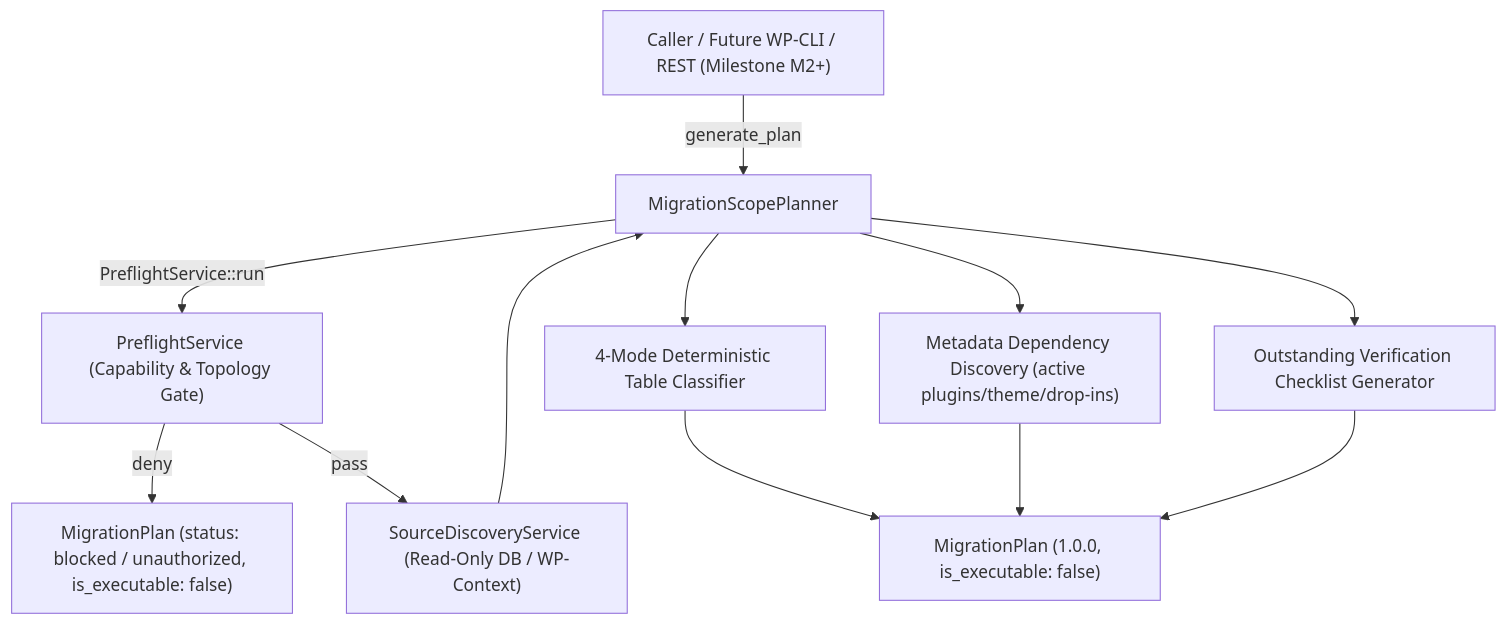
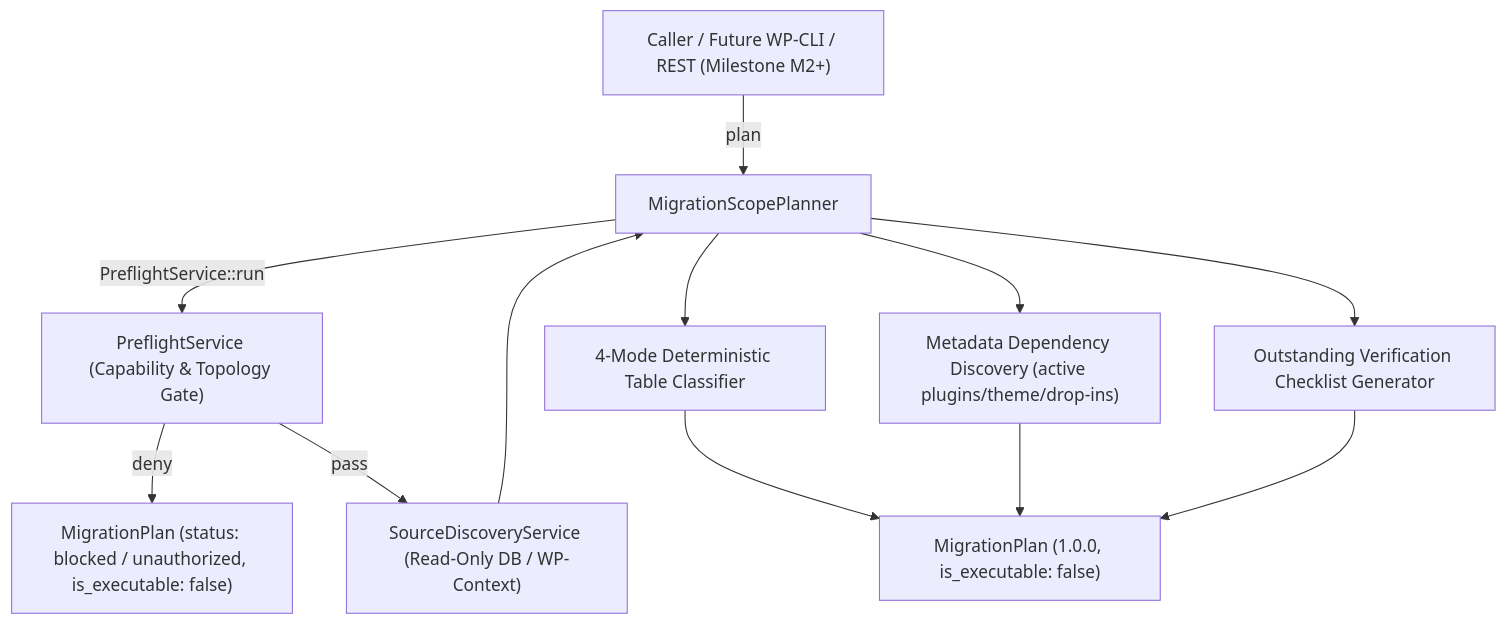
One commit to amitworx/siteconvoy changed the diagram in docs/planning-scope.md. Above: the diagram before and after it, drawn with Mermaid. The commit also changed other lines of this file and 10 other files, not shown here.

Commit message:
Validate serialized plans against canonical JSON schema across authorized, unauthorized, and blocked states

````diff
--- a/docs/planning-scope.md
+++ b/docs/planning-scope.md
@@ -19,12 +19,12 @@
 ```mermaid
 flowchart TD
-    Caller["Caller / Future WP-CLI / REST (Milestone M2+)"] -->|generate_plan| Planner["MigrationScopePlanner"]
+    Caller["Caller / Future WP-CLI / REST (Milestone M2+)"] -->|plan| Planner["MigrationScopePlanner"]
     Planner -->|PreflightService::run| Preflight["PreflightService (Capability & Topology Gate)"]
     Preflight -->|deny| BlockedPlan["MigrationPlan (status: blocked / unauthorized, is_executable: false)"]
     Preflight -->|pass| Discovery["SourceDiscoveryService (Read-Only DB / WP-Context)"]
     Discovery --> Planner
     Planner --> Classify["4-Mode Deterministic Table Classifier"]
     Planner --> Deps["Metadata Dependency Discovery (active plugins/theme/drop-ins)"]
     Planner --> Checklists["Outstanding Verification Checklist Generator"]
     Classify & Deps & Checklists --> Plan["MigrationPlan (1.0.0, is_executable: false)"]
 ```
````
